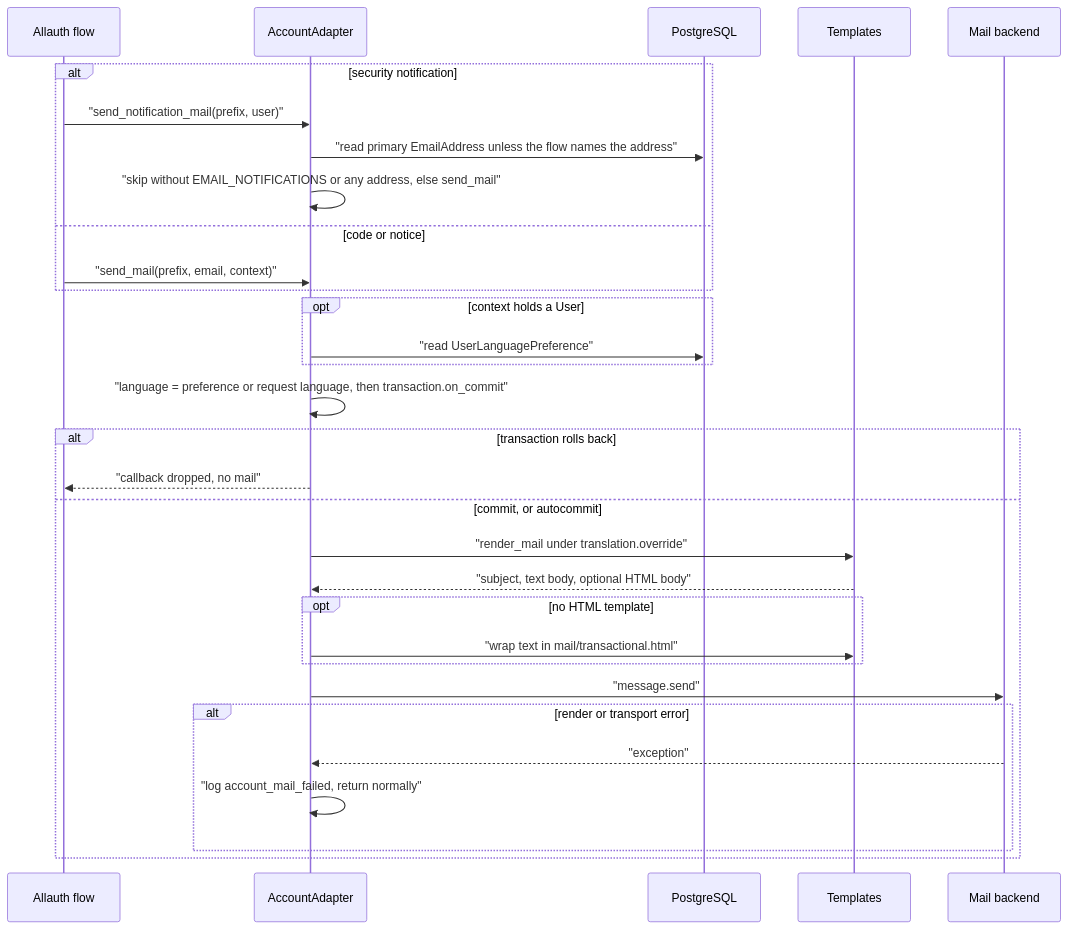
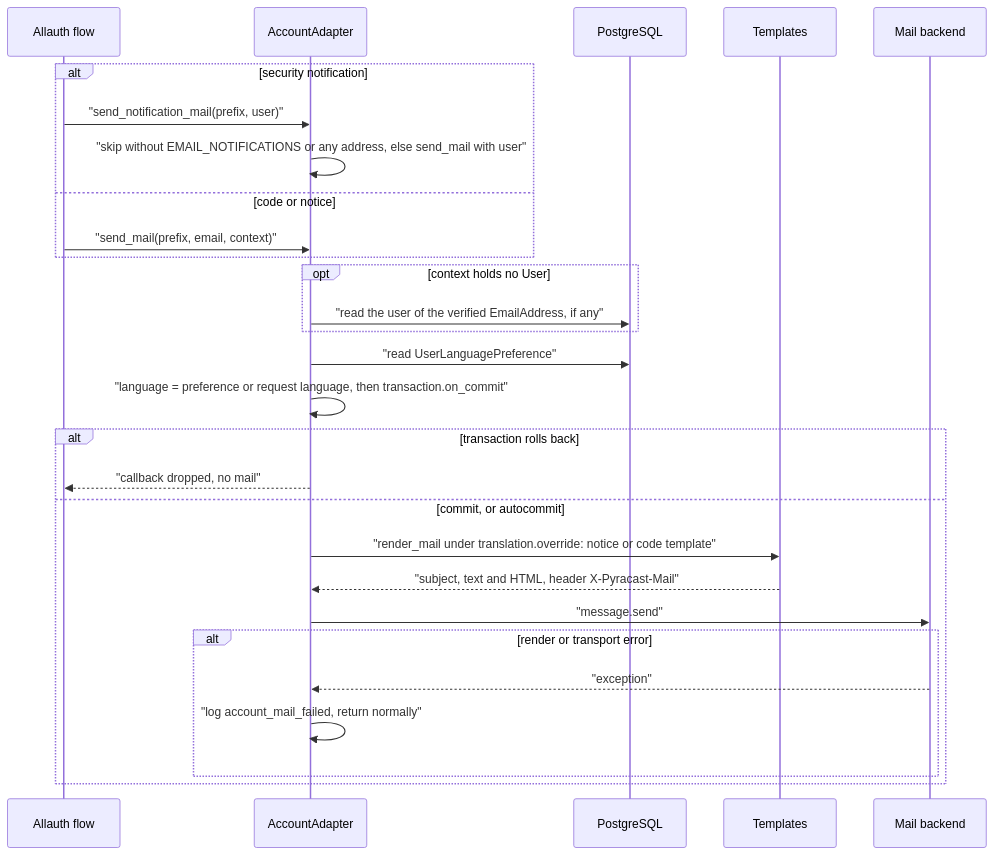
The diagram in docs/flows/account-mail-notifications.md (erkurtharun/pyracast), drawn with Mermaid before and after one commit. The commit also changed other lines of this file and 11 other files, not shown here.

````diff
--- a/docs/flows/account-mail-notifications.md
+++ b/docs/flows/account-mail-notifications.md
@@ -15,33 +13,30 @@
 ```mermaid
 sequenceDiagram
     participant F as Allauth flow
     participant A as AccountAdapter
     participant DB as PostgreSQL
     participant T as Templates
     participant M as Mail backend
     alt security notification
         F->>A: "send_notification_mail(prefix, user)"
-        A->>DB: "read primary EmailAddress unless the flow names the address"
-        A->>A: "skip without EMAIL_NOTIFICATIONS or any address, else send_mail"
+        A->>A: "skip without EMAIL_NOTIFICATIONS or any address, else send_mail with user"
     else code or notice
         F->>A: "send_mail(prefix, email, context)"
     end
-    opt context holds a User
-        A->>DB: "read UserLanguagePreference"
+    opt context holds no User
+        A->>DB: "read the user of the verified EmailAddress, if any"
     end
+    A->>DB: "read UserLanguagePreference"
     A->>A: "language = preference or request language, then transaction.on_commit"
     alt transaction rolls back
         A-->>F: "callback dropped, no mail"
     else commit, or autocommit
-        A->>T: "render_mail under translation.override"
-        T-->>A: "subject, text body, optional HTML body"
-        opt no HTML template
-            A->>T: "wrap text in mail/transactional.html"
-        end
+        A->>T: "render_mail under translation.override: notice or code template"
+        T-->>A: "subject, text and HTML, header X-Pyracast-Mail"
         A->>M: "message.send"
         alt render or transport error
             M-->>A: "exception"
             A->>A: "log account_mail_failed, return normally"
         end
     end
 ```
````
